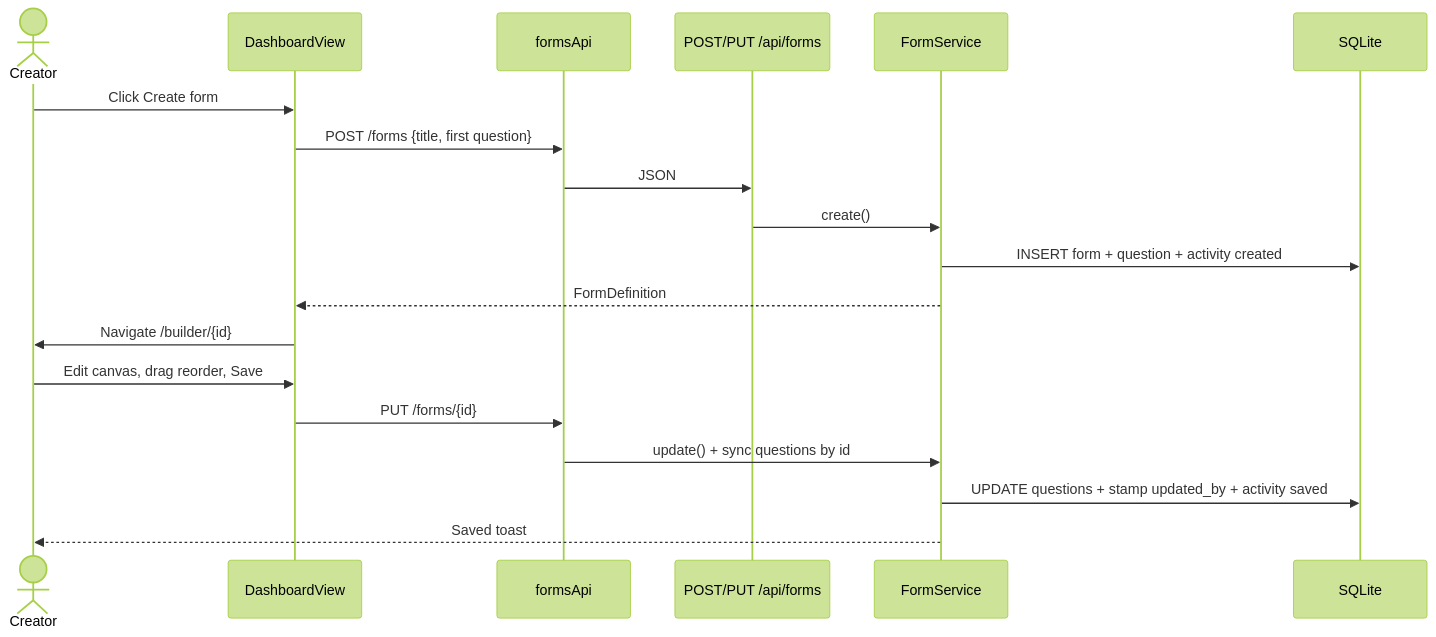
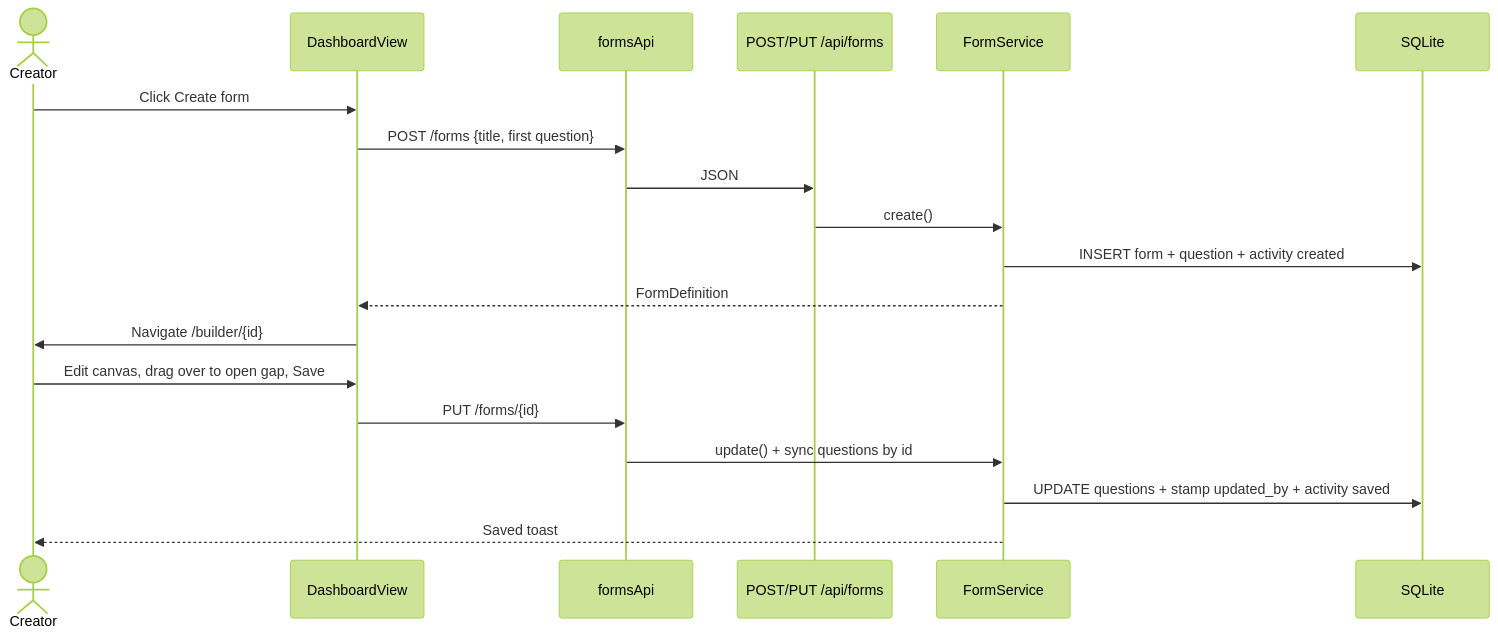
The first of 8 diagrams in docs/diagrams/sequence.md (ruthwikkakumani/formly), drawn with Mermaid (forest theme) before and after one commit. The commit also changed other lines of this file and 65 other files, not shown here.

````diff
--- a/docs/diagrams/sequence.md
+++ b/docs/diagrams/sequence.md
@@ -5,22 +5,22 @@
 ```mermaid
 sequenceDiagram
   actor Creator
   participant Dash as DashboardView
   participant API as formsApi
   participant Route as POST/PUT /api/forms
   participant Svc as FormService
   participant DB as SQLite
 
   Creator->>Dash: Click Create form
   Dash->>API: POST /forms {title, first question}
   API->>Route: JSON
   Route->>Svc: create()
   Svc->>DB: INSERT form + question + activity created
   Svc-->>Dash: FormDefinition
   Dash->>Creator: Navigate /builder/{id}
-  Creator->>Dash: Edit canvas, drag reorder, Save
+  Creator->>Dash: Edit canvas, drag over to open gap, Save
   Dash->>API: PUT /forms/{id}
   API->>Svc: update() + sync questions by id
   Svc->>DB: UPDATE questions + stamp updated_by + activity saved
   Svc-->>Creator: Saved toast
 ```
````
